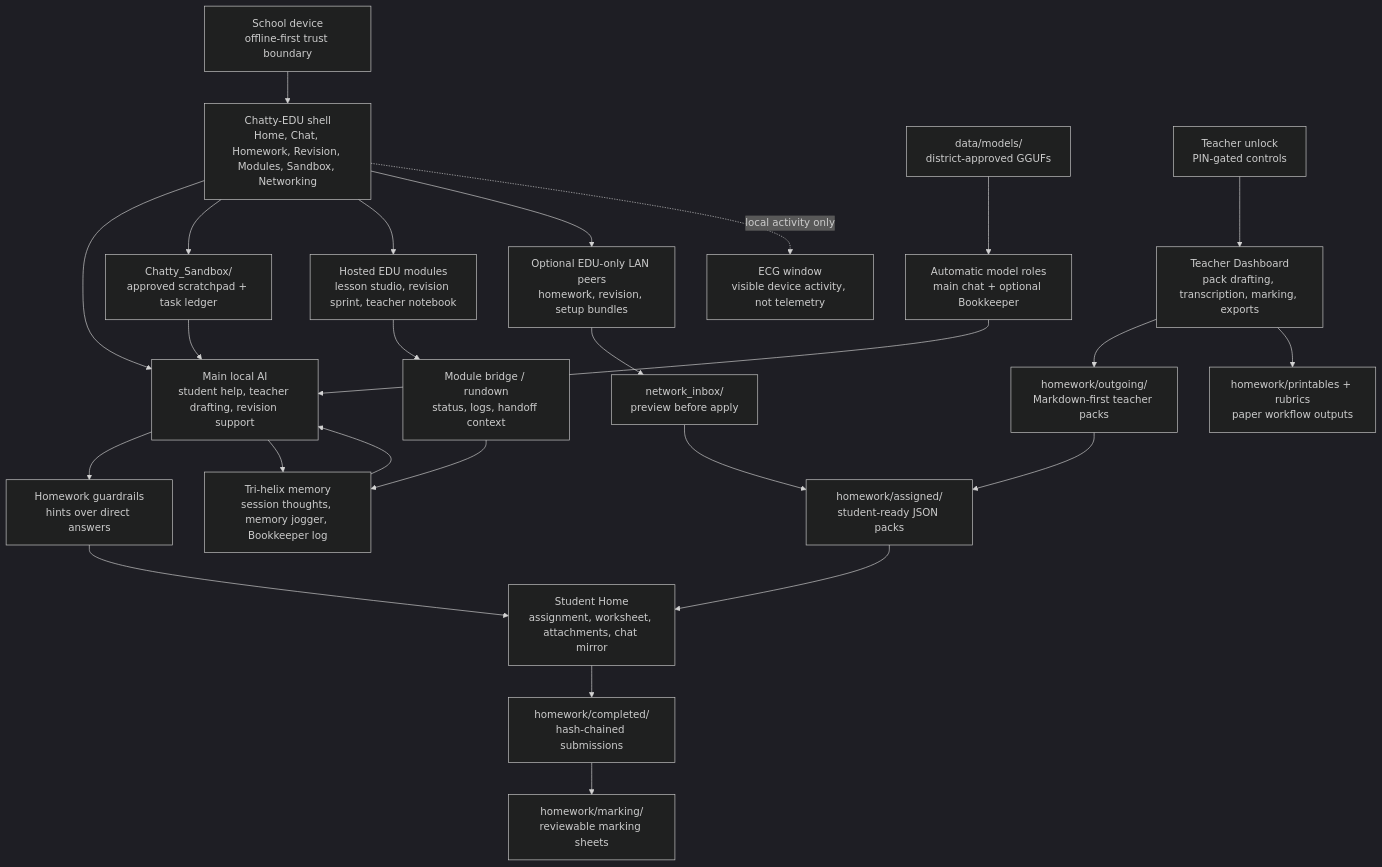
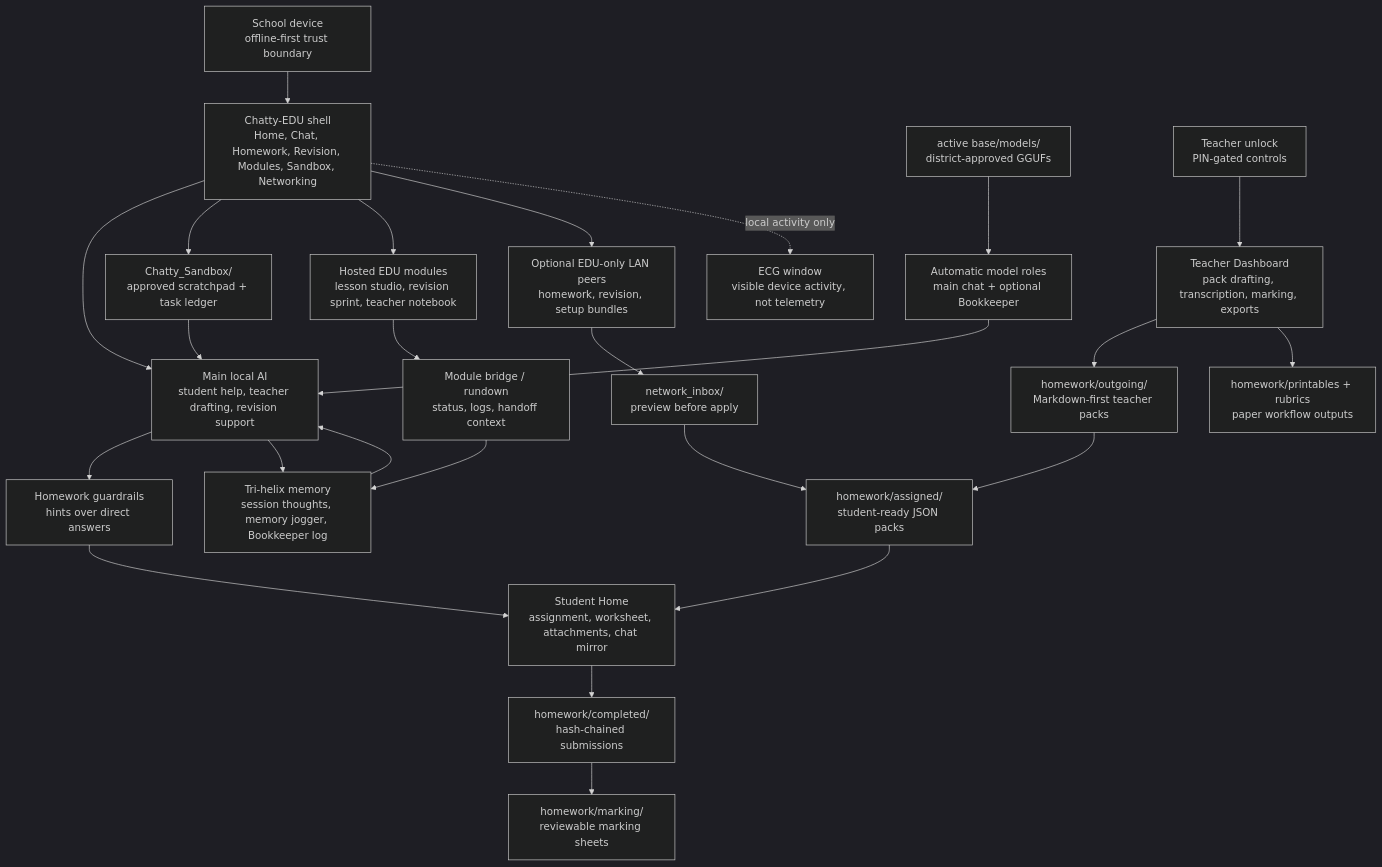
The diagram in README.md (instance001/chatty-edu), drawn with Mermaid (dark theme) before and after one commit. The commit also changed other lines of this file and 6 other files, not shown here.

````diff
--- a/README.md
+++ b/README.md
@@ -60,34 +60,34 @@
 ```mermaid
 flowchart TB
     school["School device<br/>offline-first trust boundary"] --> shell["Chatty-EDU shell<br/>Home, Chat, Homework, Revision, Modules, Sandbox, Networking"]
 
-    models["data/models/<br/>district-approved GGUFs"] --> roles["Automatic model roles<br/>main chat + optional Bookkeeper"]
+    models["active base/models/<br/>district-approved GGUFs"] --> roles["Automatic model roles<br/>main chat + optional Bookkeeper"]
     roles --> chat["Main local AI<br/>student help, teacher drafting, revision support"]
     shell --> chat
 
     teacher["Teacher unlock<br/>PIN-gated controls"] --> dashboard["Teacher Dashboard<br/>pack drafting, transcription, marking, exports"]
     dashboard --> outgoing["homework/outgoing/<br/>Markdown-first teacher packs"]
     outgoing --> assigned["homework/assigned/<br/>student-ready JSON packs"]
     assigned --> home["Student Home<br/>assignment, worksheet, attachments, chat mirror"]
     home --> submissions["homework/completed/<br/>hash-chained submissions"]
     submissions --> marking["homework/marking/<br/>reviewable marking sheets"]
     dashboard --> printables["homework/printables + rubrics<br/>paper workflow outputs"]
 
     chat --> guardrails["Homework guardrails<br/>hints over direct answers"]
     guardrails --> home
     chat --> memory["Tri-helix memory<br/>session thoughts, memory jogger, Bookkeeper log"]
     memory --> chat
 
     shell --> sandbox["Chatty_Sandbox/<br/>approved scratchpad + task ledger"]
     sandbox --> chat
 
     shell --> modules["Hosted EDU modules<br/>lesson studio, revision sprint, teacher notebook"]
     modules --> bridge["Module bridge / rundown<br/>status, logs, handoff context"]
     bridge --> memory
 
     shell --> peers["Optional EDU-only LAN peers<br/>homework, revision, setup bundles"]
     peers --> inbox["network_inbox/<br/>preview before apply"]
     inbox --> assigned
 
     shell -. local activity only .-> ecg["ECG window<br/>visible device activity, not telemetry"]
 ```
````
